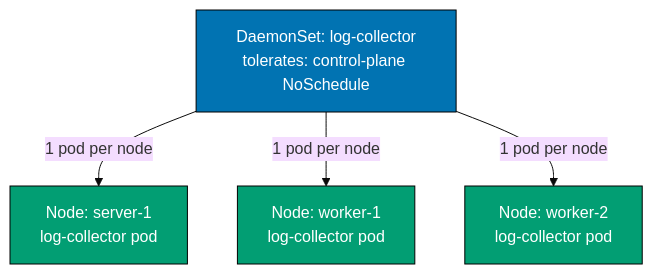
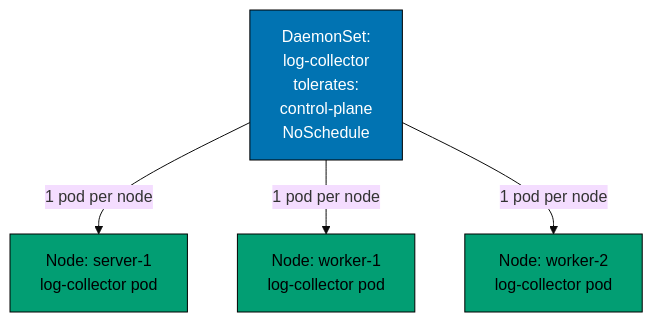
Before and after one commit to wahidyankf/ose-public: the ninth of 9 diagrams in apps/ayokoding-www/content/en/learn/legacy/software-engineering/infrastructure/tools/k3s/by-example/beginner.md, drawn with Mermaid (base theme). The commit also changed other lines of this file and 131 other files, not shown here.

First line of the commit message:
fix(mermaid): bring the legacy data, infrastructure, and testing diagrams onto the accessible palette

````diff
--- a/apps/ayokoding-www/content/en/learn/legacy/software-engineering/infrastructure/tools/k3s/by-example/beginner.md
+++ b/apps/ayokoding-www/content/en/learn/legacy/software-engineering/infrastructure/tools/k3s/by-example/beginner.md
@@ -1562,17 +1619,22 @@
 ```mermaid
 %% Color Palette: Blue #0173B2, Orange #DE8F05, Teal #029E73, Purple #CC78BC, Brown #CA9161
 graph TD
-    DS["DaemonSet: log-collector<br/>tolerates: control-plane NoSchedule"]
+    accTitle: Example 24: DaemonSet for Per-Node Agents
+    accDescr: Graph with 4 nodes and 3 connections. Nodes: DaemonSet: log-collector tolerates: control-plane NoSchedule, Node: server-1 log-collector pod, Node: worker-1 log-collector pod, Node: worker-2 log-collector pod. Connections: DaemonSet: log-collector tolerates: control-plane NoSchedule to Node: server-1 log-collector pod (1 pod per node), DaemonSet: log-collector tolerates: control-plane NoSchedule to Node: worker-1 log-collector pod (1 pod per node), DaemonSet: log-collector tolerates: control-plane NoSchedule to Node: worker-2 log-collector pod (1 pod per node).
+    DS["DaemonSet:<br/>log-collector<br/>tolerates:<br/>control-plane<br/>NoSchedule"]
     N1["Node: server-1<br/>log-collector pod"]
     N2["Node: worker-1<br/>log-collector pod"]
     N3["Node: worker-2<br/>log-collector pod"]
 
     DS -->|"1 pod per node"| N1
     DS -->|"1 pod per node"| N2
     DS -->|"1 pod per node"| N3
 
-    style DS fill:#0173B2,stroke:#000,color:#fff
-    style N1 fill:#029E73,stroke:#000,color:#fff
-    style N2 fill:#029E73,stroke:#000,color:#fff
-    style N3 fill:#029E73,stroke:#000,color:#fff
+    classDef pal-0173B2 fill:#0173B2,stroke:#000000,color:#FFFFFF
+    class DS pal-0173B2
+    classDef pal-029E73 fill:#029E73,stroke:#000000,color:#000000
+    class N1 pal-029E73
+    class N2 pal-029E73
+    class N3 pal-029E73
+    classDef default fill:#FFFFFF,stroke:#000000,color:#000000
 ```
````
